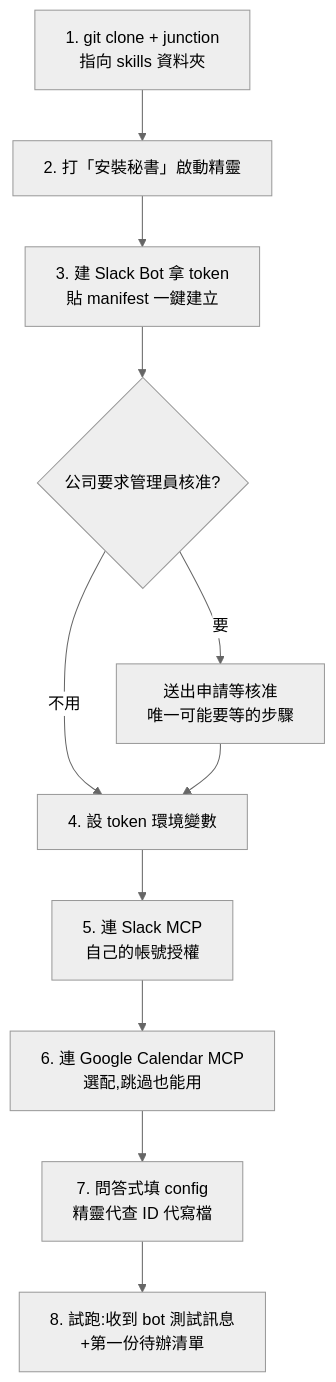
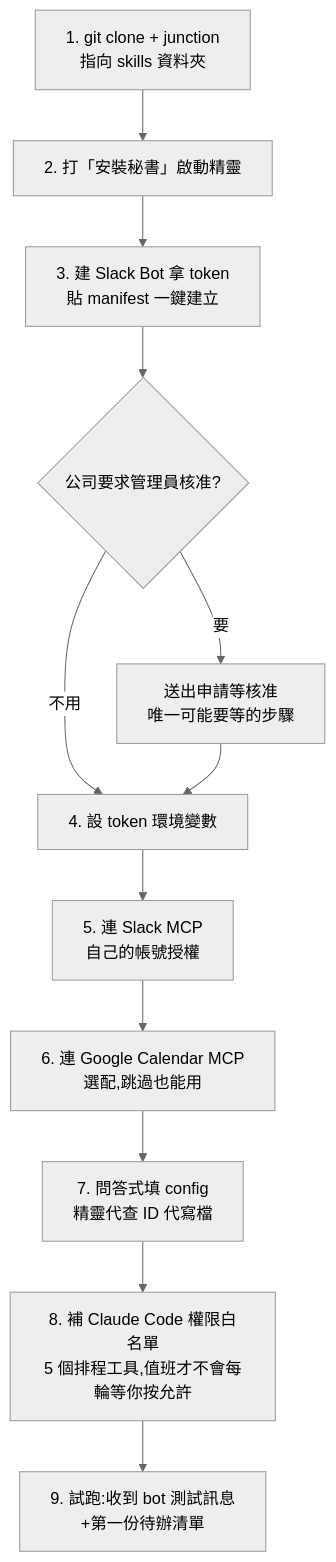
Before and after one commit to TimDaChung/secretary-kit: the diagram in 安裝說明.md, drawn with Mermaid (neutral theme). The commit also changed other lines of this file and 2 other files, not shown here.

Commit message:
v1.22.0 安裝精靈新增關卡 7 權限白名單:Cron*/PushNotification/ToolSearch 沒進 settings.json 讓值班每輪卡允許提示;試跑改關卡 8;安裝說明與原則同步

````diff
--- a/安裝說明.md
+++ b/安裝說明.md
@@ -15,13 +15,14 @@
 ```mermaid
 flowchart TD
     A[1. git clone + junction<br>指向 skills 資料夾] --> B[2. 打「安裝秘書」啟動精靈]
     B --> C[3. 建 Slack Bot 拿 token<br>貼 manifest 一鍵建立]
     C --> D{公司要求管理員核准?}
     D -->|要| E[送出申請等核准<br>唯一可能要等的步驟]
     D -->|不用| F[4. 設 token 環境變數]
     E --> F
     F --> G[5. 連 Slack MCP<br>自己的帳號授權]
     G --> H[6. 連 Google Calendar MCP<br>選配,跳過也能用]
     H --> I[7. 問答式填 config<br>精靈代查 ID 代寫檔]
-    I --> J[8. 試跑:收到 bot 測試訊息<br>+第一份待辦清單]
+    I --> P[8. 補 Claude Code 權限白名單<br>5 個排程工具,值班才不會每輪等你按允許]
+    P --> J[9. 試跑:收到 bot 測試訊息<br>+第一份待辦清單]
 ```
````
